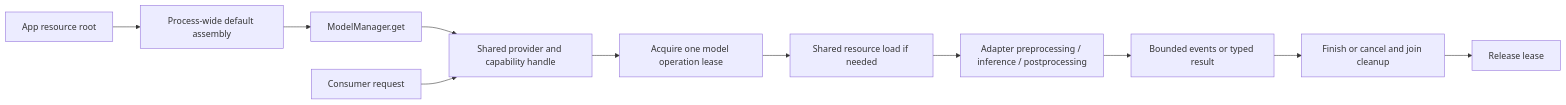
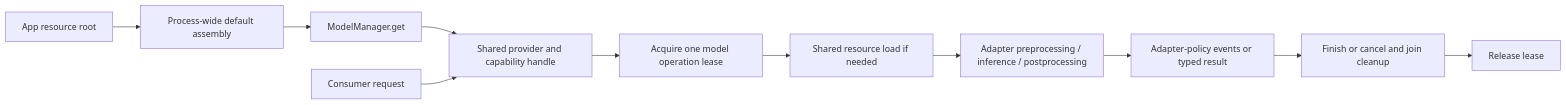
Before and after one commit to devilyouwei/MobileHarness: the third of 3 diagrams in MobileHarness/ModelKit/README.md, drawn with Mermaid. The commit also changed other lines of this file and 109 other files, not shown here.

````diff
--- a/MobileHarness/ModelKit/README.md
+++ b/MobileHarness/ModelKit/README.md
@@ -60,13 +60,13 @@
 ```mermaid
 flowchart LR
     Root[App resource root] --> Defaults[Process-wide default assembly]
     Defaults --> Manager[ModelManager.get]
     Manager --> Provider[Shared provider and capability handle]
     Request[Consumer request] --> Provider
     Provider --> Lease[Acquire one model operation lease]
     Lease --> Load[Shared resource load if needed]
     Load --> Run[Adapter preprocessing / inference / postprocessing]
-    Run --> Result[Bounded events or typed result]
+    Run --> Result[Adapter-policy events or typed result]
     Result --> Cleanup[Finish or cancel and join cleanup]
     Cleanup --> Release[Release lease]
 ```
````
